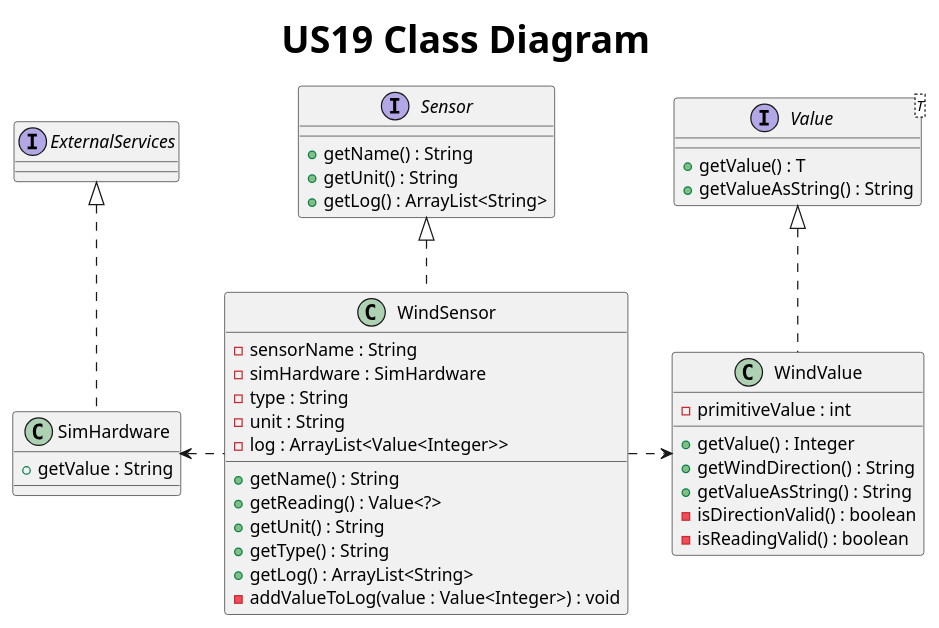
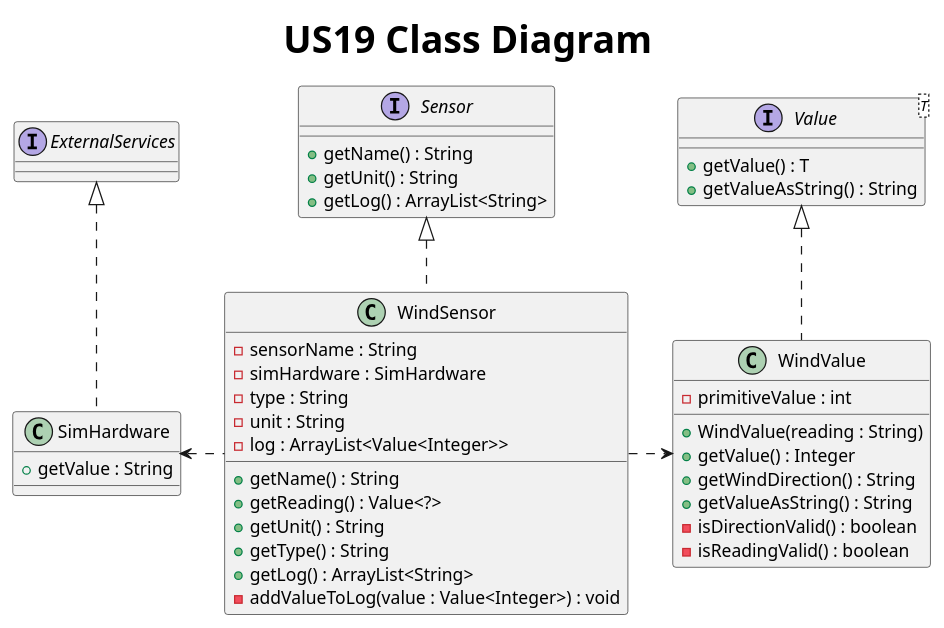
One commit to AfonsoNeves77/smartHouse changed the diagram in Docs/US19/S3US19ClassDiagram.puml. Above: the diagram before and after it, drawn with PlantUML. The commit also changed 11 other files, not shown here.

Commit message:
Team review : Updated ClassDiagrams for sensors classes.

```diff
--- a/Docs/US19/S3US19ClassDiagram.puml
+++ b/Docs/US19/S3US19ClassDiagram.puml
@@ -1,54 +1,55 @@
 @startuml
 title <size: 30> US19 Class Diagram
 
 interface Sensor {
     + getName() : String
     + getUnit() : String
     + getLog() : ArrayList<String>
 }
 
 interface Value<T> {
     + getValue() : T
     + getValueAsString() : String
 }
 
 interface ExternalServices {
 
 }
 
 class WindSensor{
     - sensorName : String
     - simHardware : SimHardware
     - type : String
     - unit : String
     - log : ArrayList<Value<Integer>>
 
     + getName() : String
     + getReading() : Value<?>
     + getUnit() : String
     + getType() : String
     + getLog() : ArrayList<String>
     - addValueToLog(value : Value<Integer>) : void
 }
 
 class WindValue{
     - primitiveValue : int
 
+    + WindValue(reading : String)
     + getValue() : Integer
     + getWindDirection() : String
     + getValueAsString() : String
     - isDirectionValid() : boolean
     - isReadingValid() : boolean
 }
 
 class SimHardware{
     + getValue : String
 }
 
 Value <|.. WindValue
 Sensor <|.. WindSensor
 ExternalServices <|.. SimHardware
 WindSensor .right.> WindValue
 WindSensor .left.> SimHardware
 
 @enduml
```
